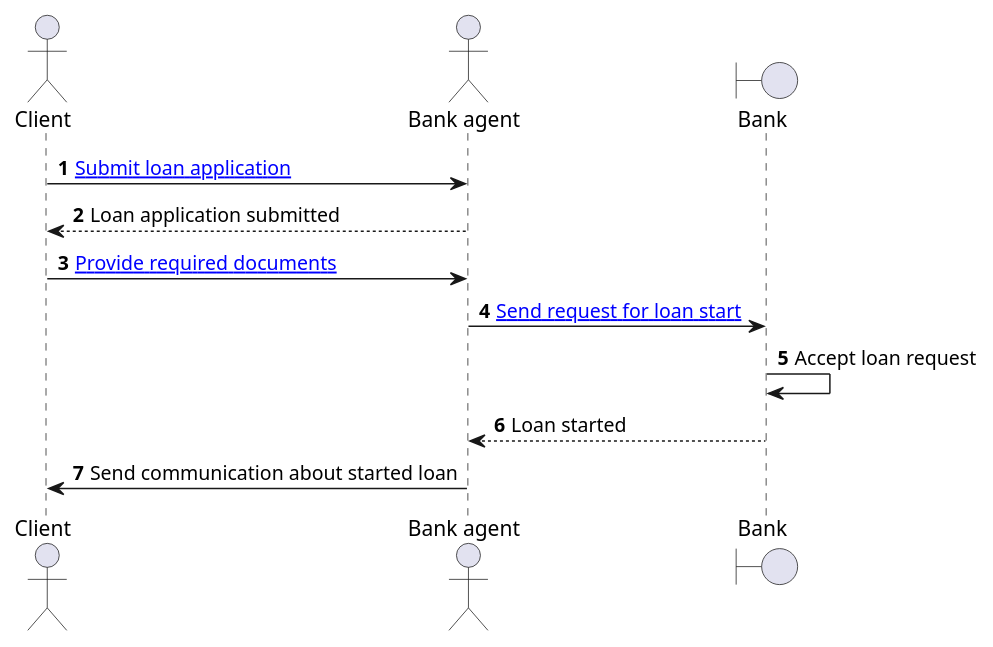
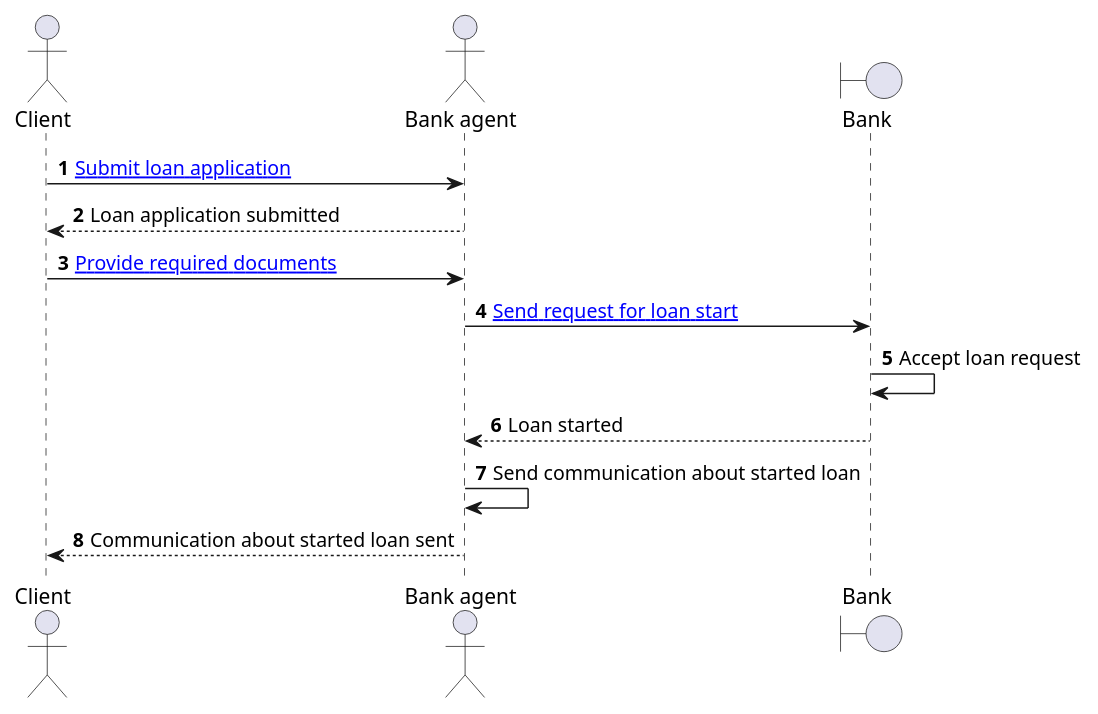
The diagram in model/sequence_diagram.puml (PawelJaworski/ddd-loan-application), drawn with PlantUML before and after one commit. The commit also changed 22 other files, not shown here.

```diff
--- a/model/sequence_diagram.puml
+++ b/model/sequence_diagram.puml
@@ -1,13 +1,14 @@
 @startuml
 autonumber
 actor Client as client
 actor       "Bank agent" as bankAgent
 boundary    "Bank" as bankAnalyst
 client -> bankAgent : [[https://github.com/PawelJaworski/ddd-loan-application/blob/main/src/main/java/pl/javorek/ddd/service/applicationforloan/application/command/ApplicationForALoanCmdFacade.java Submit loan application]]
 bankAgent --> client : Loan application submitted
 client -> bankAgent : [[https://github.com/PawelJaworski/ddd-loan-application/blob/main/src/main/java/pl/javorek/ddd/service/applicationforloan/application/command/ApplicationForALoanCmdFacade.java Provide required documents]]
 bankAgent -> bankAnalyst : [[https://github.com/PawelJaworski/ddd-loan-application/blob/main/src/main/java/pl/javorek/ddd/service/applicationforloan/application/command/ApplicationForALoanCmdFacade.java Send request for loan start]]
 bankAnalyst -> bankAnalyst : Accept loan request
 bankAnalyst --> bankAgent : Loan started
-bankAgent -> client : Send communication about started loan
+bankAgent -> bankAgent : Send communication about started loan
+bankAgent --> client : Communication about started loan sent
 @enduml
```
